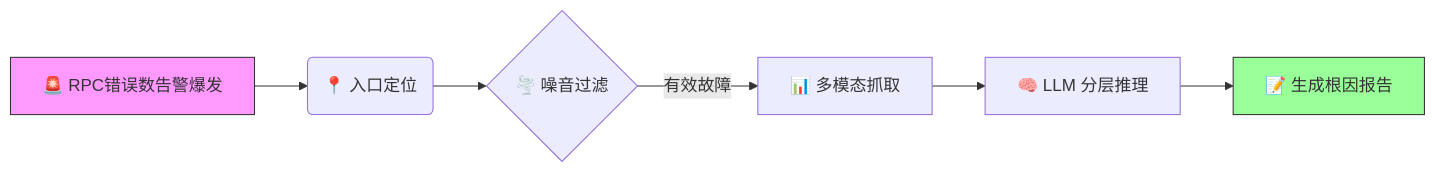
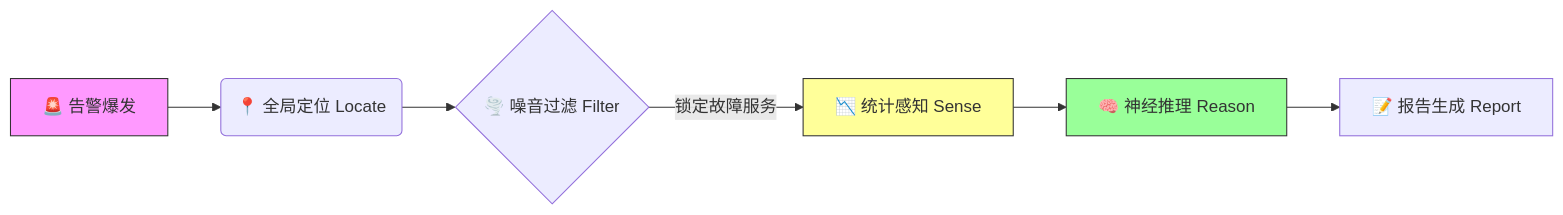
Before and after one commit to qingshanyuluo/AIOps-Intelligent-RCA: the diagram in README.md, drawn with Mermaid. The commit also changed other lines of this file, not shown here.

````diff
--- a/README.md
+++ b/README.md
@@ -52,11 +53,12 @@
 ```mermaid
 graph LR
-    A[🚨 RPC错误数告警爆发] --> B(📍 入口定位)
-    B --> C{🌪️ 噪音过滤}
-    C -->|有效故障| D[📊 多模态抓取]
-    D --> E[🧠 LLM 分层推理]
-    E --> F[📝 生成根因报告]
+    A[🚨 告警爆发] --> B(📍 全局定位 Locate)
+    B --> C{🌪️ 噪音过滤 Filter}
+    C -->|锁定故障服务| D[📉 统计感知 Sense]
+    D --> E[🧠 神经推理 Reason]
+    E --> F[📝 报告生成 Report]
     
     style A fill:#f9f,stroke:#333
-    style F fill:#9f9,stroke:#333
+    style D fill:#ff9,stroke:#333
+    style E fill:#9f9,stroke:#333
 ```
````
